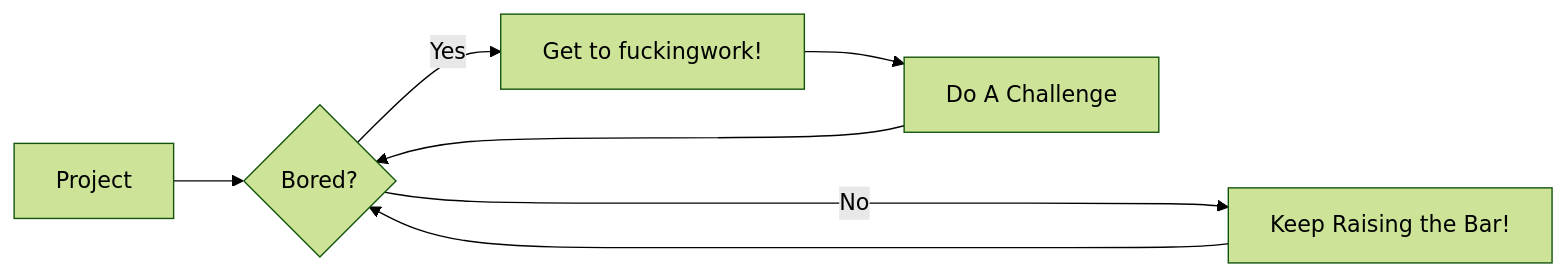
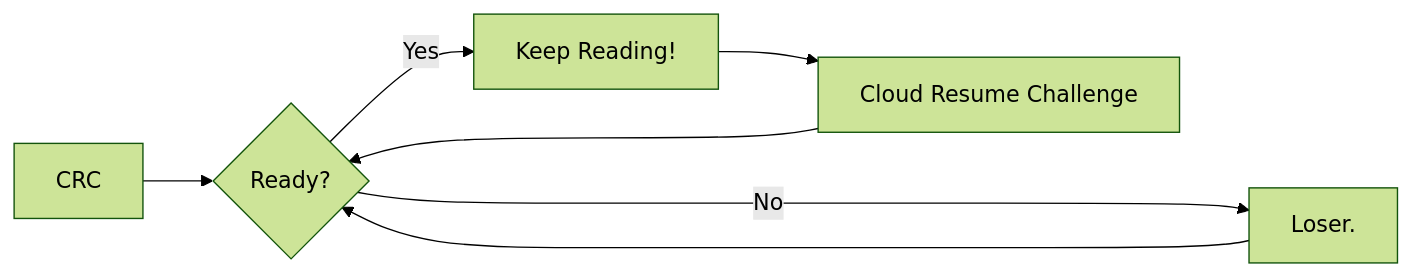
Before and after one commit to ospf2fullstack/garyinnerarity.com: the diagram in docs/cloud_resume/cloud_resume_challenge.md, drawn with Mermaid (forest theme). The commit also changed other lines of this file and 1 other file, not shown here.

````diff
--- a/docs/cloud_resume/cloud_resume_challenge.md
+++ b/docs/cloud_resume/cloud_resume_challenge.md
@@ -13,10 +1,9 @@
 ``` mermaid
 graph LR
-    A[Project] --> B{Bored?};
-    B --> |Yes| C[Get to fuckingwork!];
-    C --> D[Do A Challenge];
+    A[CRC] --> B{Ready?};
+    B --> |Yes| C[Keep Reading!];
+    C --> D[Cloud Resume Challenge];
     D --> B;
-    B ----> |No| E[Keep Raising the Bar!];
+    B ----> |No| E[Loser.];
     E --> B;
-
 ```
````
